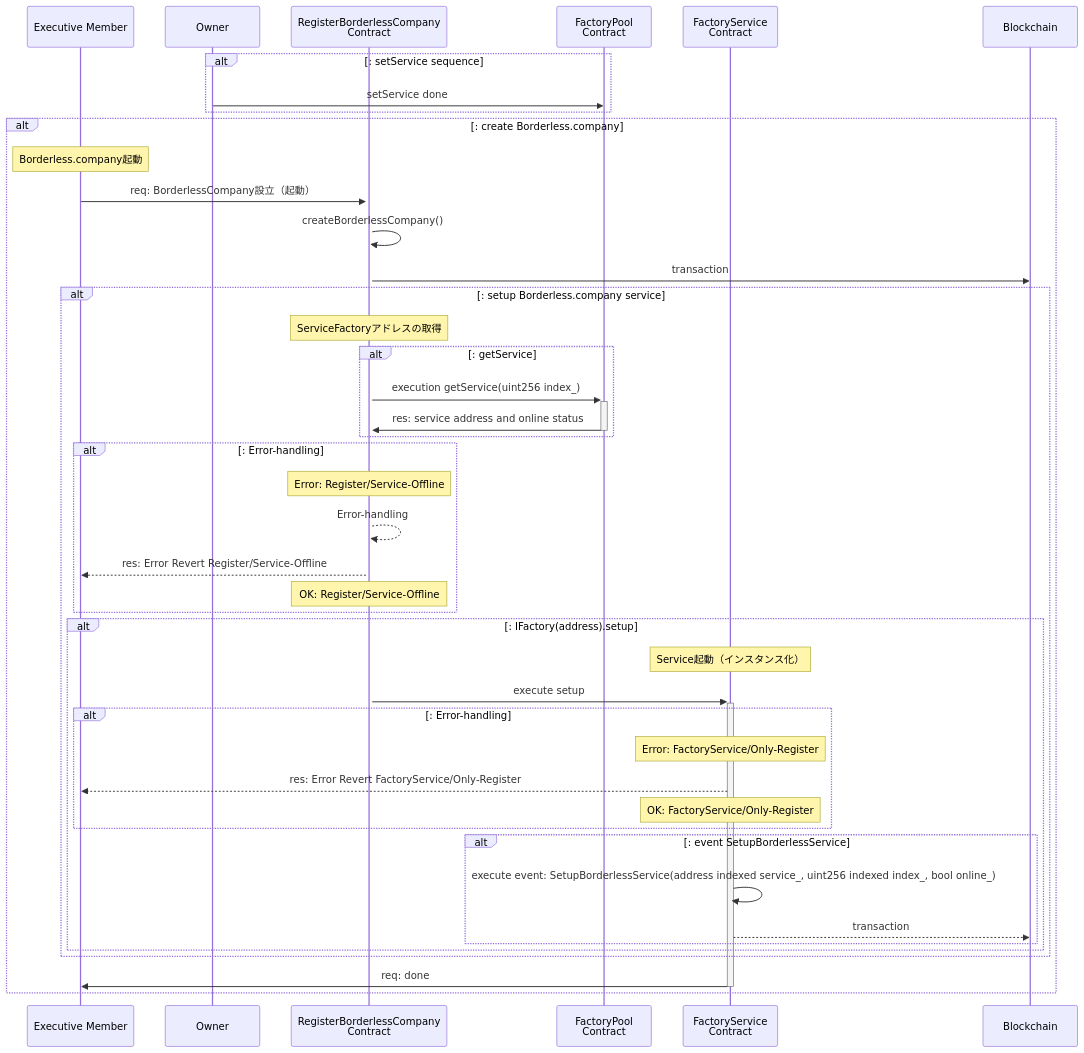
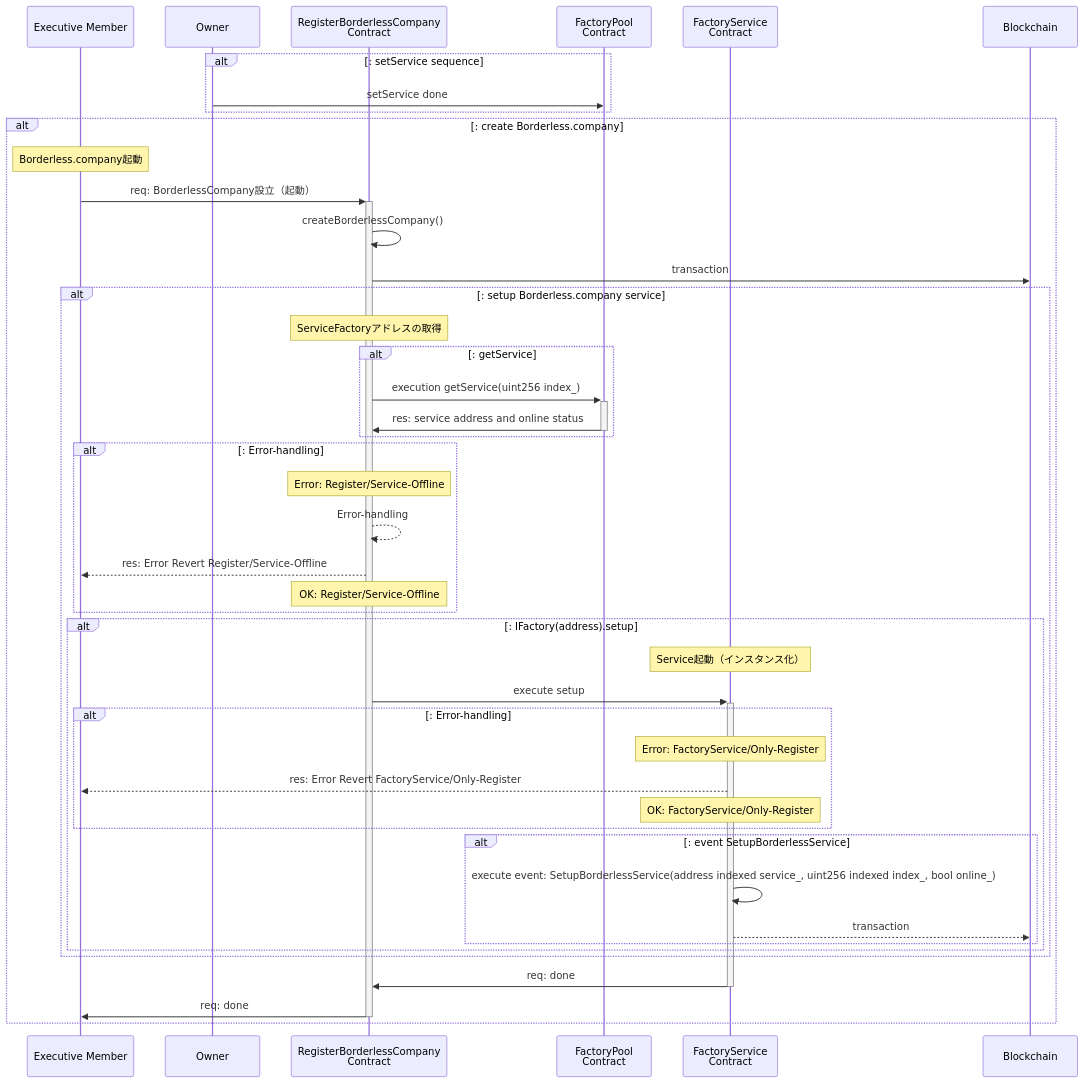
The third of 3 diagrams in docs/deployment/factory_pool/README.md (Borderless-company/Borderless-Contract), drawn with Mermaid before and after one commit. The commit also changed other lines of this file and 3 other files, not shown here.

Commit message:
update factoryPool documents design

````diff
--- a/docs/deployment/factory_pool/README.md
+++ b/docs/deployment/factory_pool/README.md
@@ -235,55 +368,56 @@
-```mermaid
-   sequenceDiagram
-      participant EM as Executive Member
-      participant OW as Owner
-      participant RBC as RegisterBorderlessCompany<br/>Contract
-      participant FP as FactoryPool<br/>Contract
-      participant FS as FactoryService<br/>Contract
-      participant BC as Blockchain
+      ```mermaid
+         sequenceDiagram
+            participant EM as Executive Member
+            participant OW as Owner
+            participant RBC as RegisterBorderlessCompany<br/>Contract
+            participant FP as FactoryPool<br/>Contract
+            participant FS as FactoryService<br/>Contract
+            participant BC as Blockchain
 
-      alt: setService sequence
-      OW ->> FP: setService done
-      end
+            alt: setService sequence
+            OW ->> FP: setService done
+            end
 
-      alt: create Borderless.company
-      Note over EM: Borderless.company起動
-      EM ->>+ RBC: req: BorderlessCompany設立（起動）
-      RBC ->> RBC: createBorderlessCompany()
-      RBC ->> BC: transaction
+            alt: create Borderless.company
+            Note over EM: Borderless.company起動
+            EM ->>+ RBC: req: BorderlessCompany設立（起動）
+            RBC ->> RBC: createBorderlessCompany()
+            RBC ->> BC: transaction
 
-      alt: setup Borderless.company service
-      Note over RBC: ServiceFactoryアドレスの取得
-      alt: getService
-      RBC ->>+ FP: execution getService(uint256 index_)
-      FP ->>- RBC: res: service address and online status
-      end
+            alt: setup Borderless.company service
+            Note over RBC: ServiceFactoryアドレスの取得
+            alt: getService
+            RBC ->>+ FP: execution getService(uint256 index_)
+            FP ->>- RBC: res: service address and online status
+            end
 
-      alt: Error-handling
-      Note over RBC: Error: Register/Service-Offline
-      RBC -->> RBC: Error-handling
-      RBC -->> EM: res: Error Revert Register/Service-Offline
-      Note over RBC: OK: Register/Service-Offline
-      end
+            alt: Error-handling
+            Note over RBC: Error: Register/Service-Offline
+            RBC -->> RBC: Error-handling
+            RBC -->> EM: res: Error Revert Register/Service-Offline
+            Note over RBC: OK: Register/Service-Offline
+            end
 
-      alt: IFactory(address).setup
-      Note over FS: Service起動（インスタンス化）
-      RBC ->>+ FS: execute setup
+            alt: IFactory(address).setup
+            Note over FS: Service起動（インスタンス化）
+            RBC ->>+ FS: execute setup
 
-      alt: Error-handling
-      Note over FS: Error: FactoryService/Only-Register
-      FS -->> EM: res: Error Revert FactoryService/Only-Register
-      Note over FS: OK: FactoryService/Only-Register
-      end
+            alt: Error-handling
+            Note over FS: Error: FactoryService/Only-Register
+            FS -->> EM: res: Error Revert FactoryService/Only-Register
+            Note over FS: OK: FactoryService/Only-Register
+            end
 
-      alt: event SetupBorderlessService
-      FS ->> FS: execute event: SetupBorderlessService(address indexed service_, uint256 indexed index_, bool online_)
-      FS -->> BC: transaction
-      end
+            alt: event SetupBorderlessService
+            FS ->> FS: execute event: SetupBorderlessService(address indexed service_, uint256 indexed index_, bool online_)
+            FS -->> BC: transaction
+            end
 
-      end
+            end
 
-      end
+            end
 
-      FS ->>- EM: req: done
-      end
-```
+            FS ->>- RBC: req: done
+            RBC ->>- EM: req: done
+            end
+      ```
````
